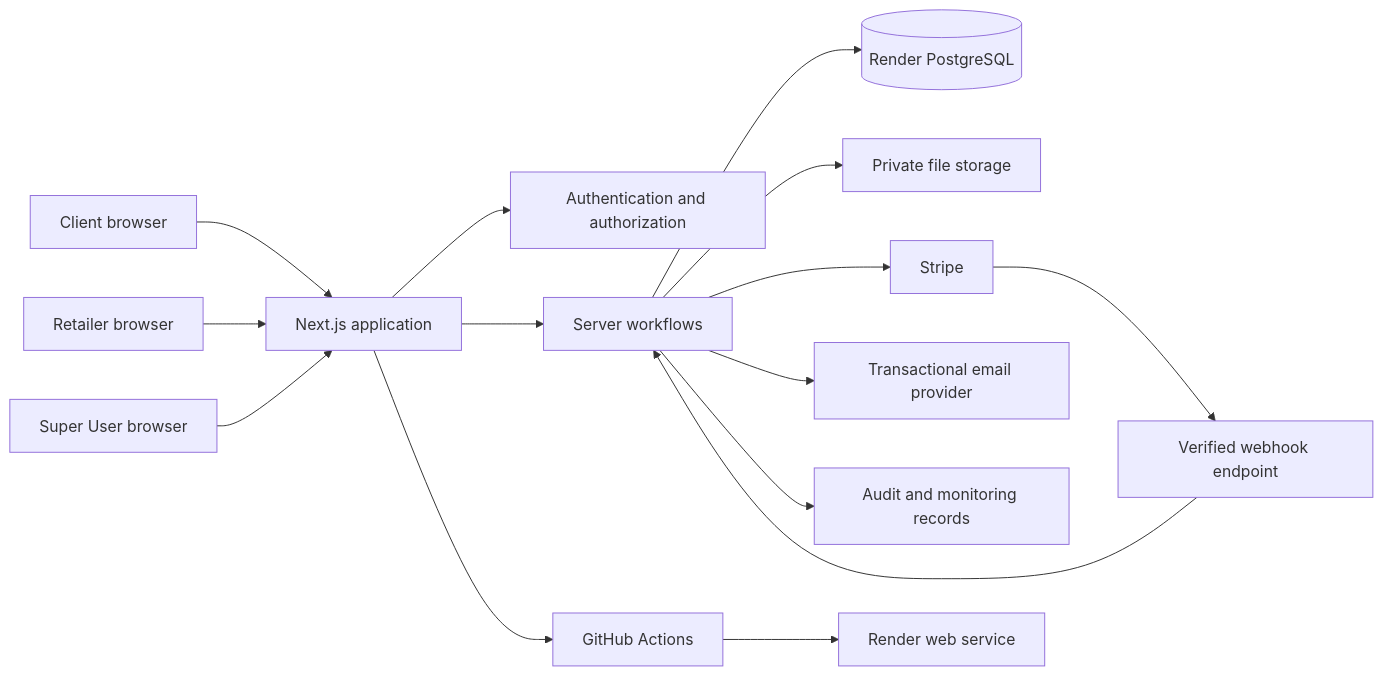
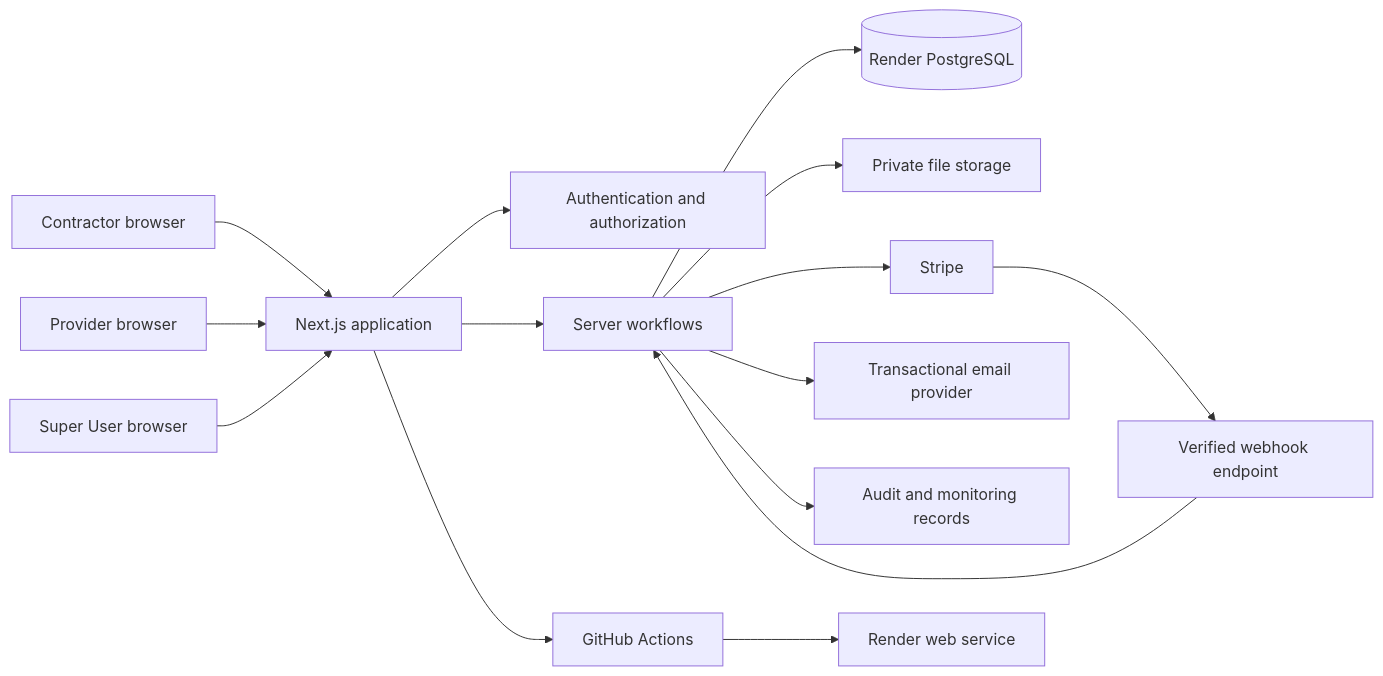
One commit to Jondoe0285/Tender changed the first of 2 diagrams in docs/Architecture.md. Above: the diagram before and after it, drawn with Mermaid. The commit also changed other lines of this file and 111 other files, not shown here.

````diff
--- a/docs/Architecture.md
+++ b/docs/Architecture.md
@@ -27,17 +27,17 @@
 ```mermaid
 flowchart LR
-    Client[Client browser] --> Web[Next.js application]
-    Retailer[Retailer browser] --> Web
+    Contractor[Contractor browser] --> Web[Next.js application]
+    Provider[Provider browser] --> Web
     Admin[Super User browser] --> Web
     Web --> Auth[Authentication and authorization]
     Web --> Domain[Server workflows]
     Domain --> SQL[(Render PostgreSQL)]
     Domain --> Files[Private file storage]
     Domain --> Stripe[Stripe]
     Stripe --> Webhook[Verified webhook endpoint]
     Domain --> Email[Transactional email provider]
     Webhook --> Domain
     Domain --> Audit[Audit and monitoring records]
     Web --> Actions[GitHub Actions]
     Actions --> App[Render web service]
 ```
````
